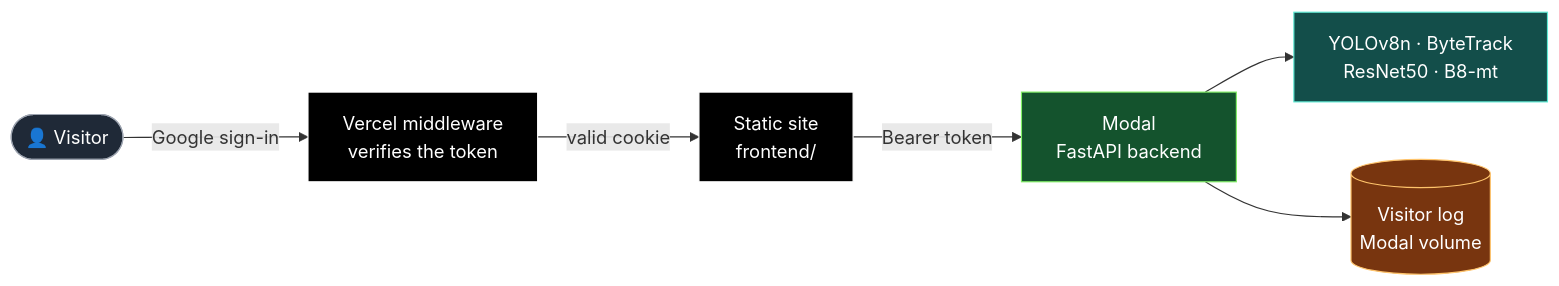
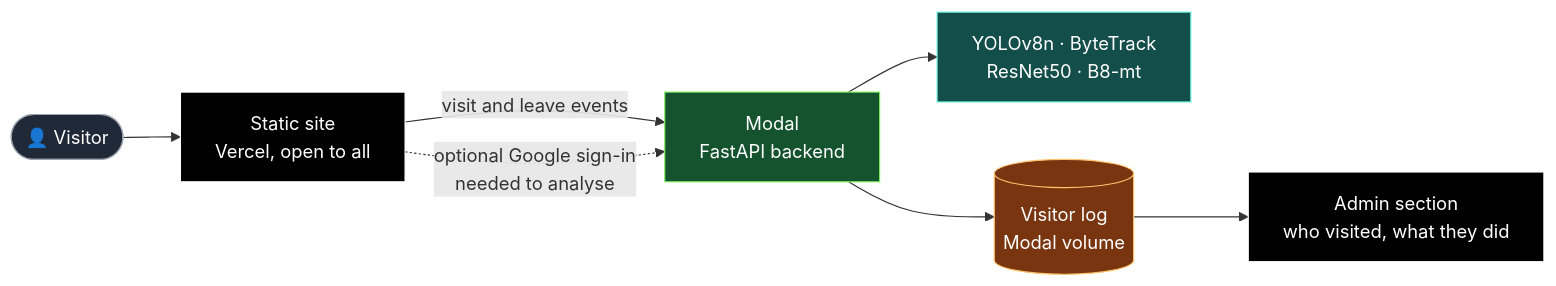
One commit to Eslamusamaaa/Volleyball-group-activity-recognition changed the third of 3 diagrams in README.md. Above: the diagram before and after it, drawn with Mermaid. The commit also changed other lines of this file and 43 other files, not shown here.

Commit message:
open the site with optional in-site Google sign-in (needed only to analyse); track every visit in detail with an Admin dashboard; new winpoint clips that show the point; faster clips

````diff
--- a/README.md
+++ b/README.md
@@ -152,13 +152,14 @@
 ```mermaid
 flowchart LR
-    U([👤 Visitor]):::user -->|Google sign-in| M[Vercel middleware<br/>verifies the token]:::vercel
-    M -->|valid cookie| F[Static site<br/>frontend/]:::vercel
-    F -->|Bearer token| API[Modal<br/>FastAPI backend]:::modal
+    U([👤 Visitor]):::user --> F[Static site<br/>Vercel, open to all]:::vercel
+    F -->|visit and leave events| API[Modal<br/>FastAPI backend]:::modal
+    F -.->|optional Google sign-in<br/>needed to analyse| API
     API --> N[YOLOv8n · ByteTrack<br/>ResNet50 · B8-mt]:::model
     API --> L[(Visitor log<br/>Modal volume)]:::store
+    L --> A[Admin section<br/>who visited, what they did]:::vercel
     classDef user fill:#1f2937,stroke:#9ca3af,color:#fff
     classDef vercel fill:#000,stroke:#fff,color:#fff
     classDef modal fill:#14532d,stroke:#7fee64,color:#fff
     classDef model fill:#134e4a,stroke:#5eead4,color:#fff
     classDef store fill:#78350f,stroke:#ffc46b,color:#fff
 ```
````
